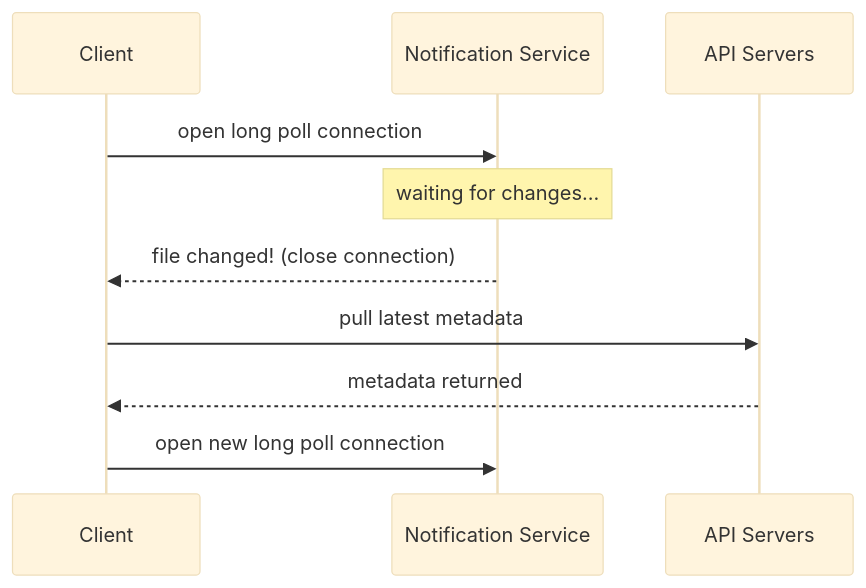
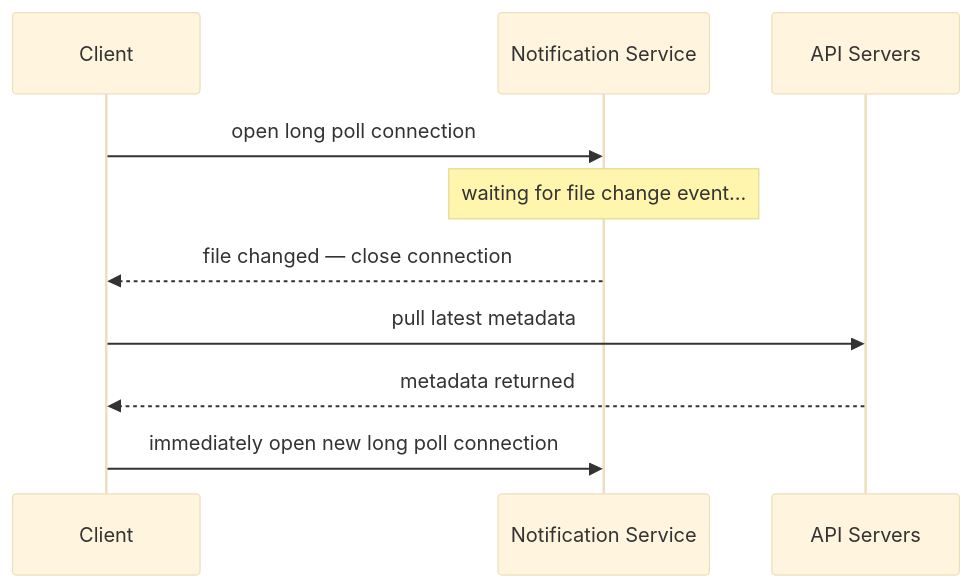
One commit to Arnavjain1703/HLD changed diagram 13 of 16 in google-drive-system-design.md. Above: the diagram before and after it, drawn with Mermaid (base theme). The commit also changed other lines of this file, not shown here.

````diff
--- a/google-drive-system-design.md
+++ b/google-drive-system-design.md
@@ -441,13 +472,13 @@
 ```mermaid
 sequenceDiagram
     participant C as Client
     participant NS as Notification Service
     participant API as API Servers
 
     C->>NS: open long poll connection
-    Note over NS: waiting for changes...
-    NS-->>C: file changed! (close connection)
+    Note over NS: waiting for file change event...
+    NS-->>C: file changed — close connection
     C->>API: pull latest metadata
     API-->>C: metadata returned
-    C->>NS: open new long poll connection
+    C->>NS: immediately open new long poll connection
 ```
````
